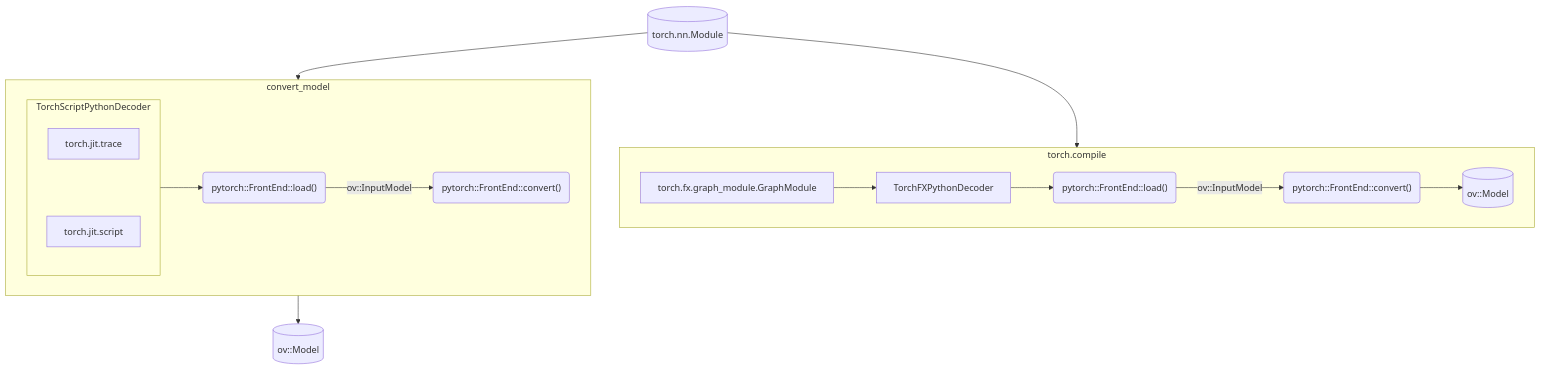
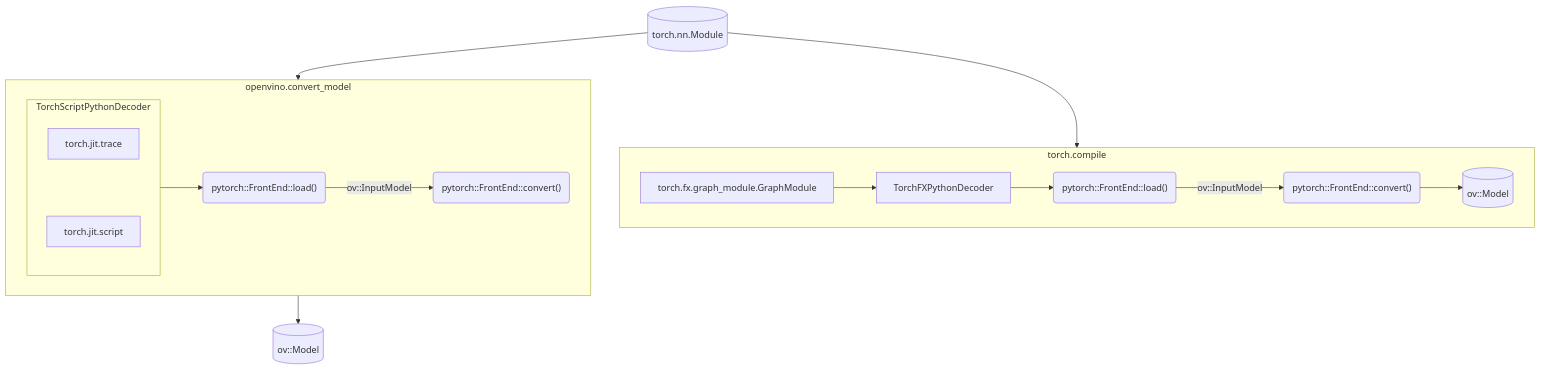
One commit to openvinotoolkit/openvino changed the diagram in src/frontends/pytorch/README.md. Above: the diagram before and after it, drawn with Mermaid. The commit also changed other lines of this file, not shown here.

Commit message:
Apply suggestions from code review

````diff
--- a/src/frontends/pytorch/README.md
+++ b/src/frontends/pytorch/README.md
@@ -30,19 +30,19 @@
 ```mermaid
 flowchart TD
     A[(torch.nn.Module)] --> torch.compile
     subgraph torch.compile
         torch.fx.graph_module.GraphModule --> TorchFXPythonDecoder
         TorchFXPythonDecoder --> E("pytorch::FrontEnd::load()")
         E -->|ov::InputModel| F("pytorch::FrontEnd::convert()")
         F --> G[(ov::Model)]
     end
-    A[(torch.nn.Module)] --> convert_model
-    subgraph convert_model
+    A[(torch.nn.Module)] --> openvino.convert_model
+    subgraph openvino.convert_model
         subgraph TorchScriptPythonDecoder
             torch.jit.trace ~~~ torch.jit.script
         end
         TorchScriptPythonDecoder --> B("pytorch::FrontEnd::load()")
         B -->|ov::InputModel| C("pytorch::FrontEnd::convert()")
     end
-    convert_model --> D[(ov::Model)]
+    openvino.convert_model --> D[(ov::Model)]
 ```
````
